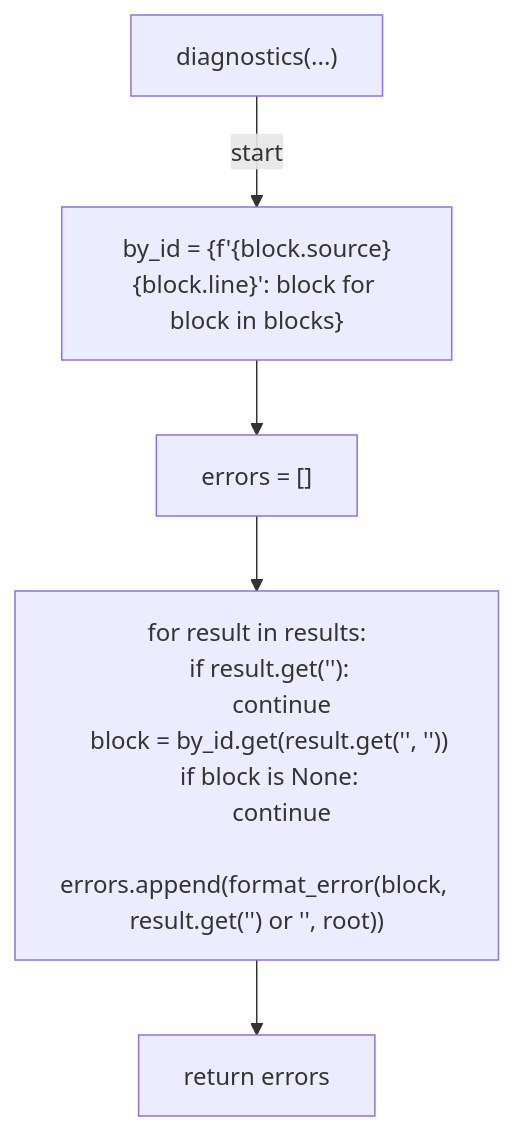
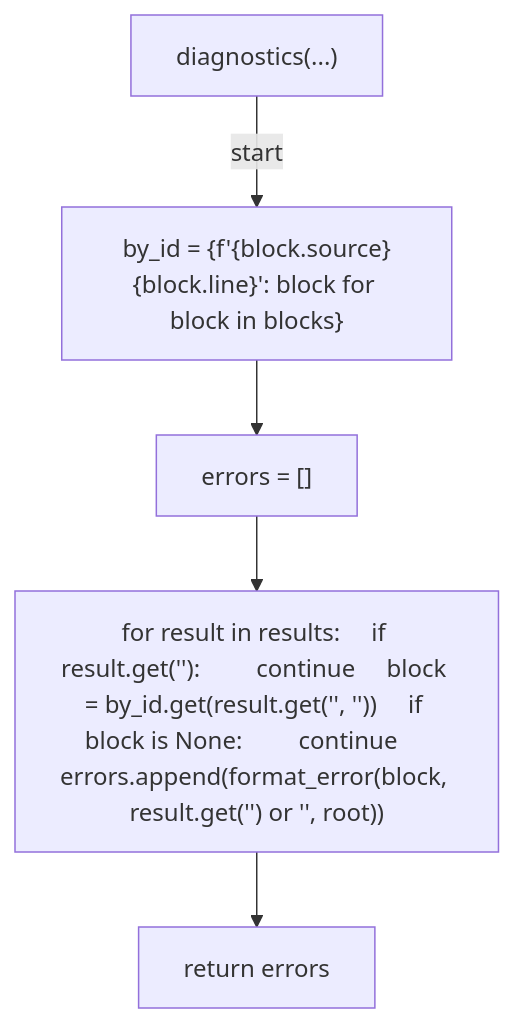
Before and after one commit to tvna/claude-md: the ninth of 14 diagrams in docs/generated/scripts/ast/scan_mermaid_syntax.md, drawn with Mermaid. The commit also changed other lines of this file and 23 other files, not shown here.

First line of the commit message:
docs(generated): regenerate decision tree and workflow diagrams (batch 4/5)

````diff
--- a/docs/generated/scripts/ast/scan_mermaid_syntax.md
+++ b/docs/generated/scripts/ast/scan_mermaid_syntax.md
@@ -156,18 +127,12 @@
 ```mermaid
 flowchart TD
     N001["diagnostics(...)"]
     N002["by_id = {f'{block.source}<str>{block.line}': block for block in blocks}"]
     N003["errors = []"]
-    N004["for result in results:
-    if result.get('<str>'):
-        continue
-    block = by_id.get(result.get('<str>', '<str>'))
-    if block is None:
-        continue
-    errors.append(format_error(block, result.get('<str>') or '<str>', root))"]
+    N004["for result in results:     if result.get('<str>'):         continue     block = by_id.get(result.get('<str>', '<str>'))     if block is None:         continue     errors.append(format_error(block, result.get('<str>') or '<str>', root))"]
     N005["return errors"]
     N001 -->|"start"| N002
     N002 --> N003
     N003 --> N004
     N004 --> N005
 ```
````
